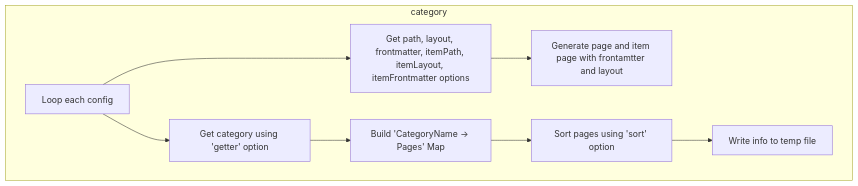
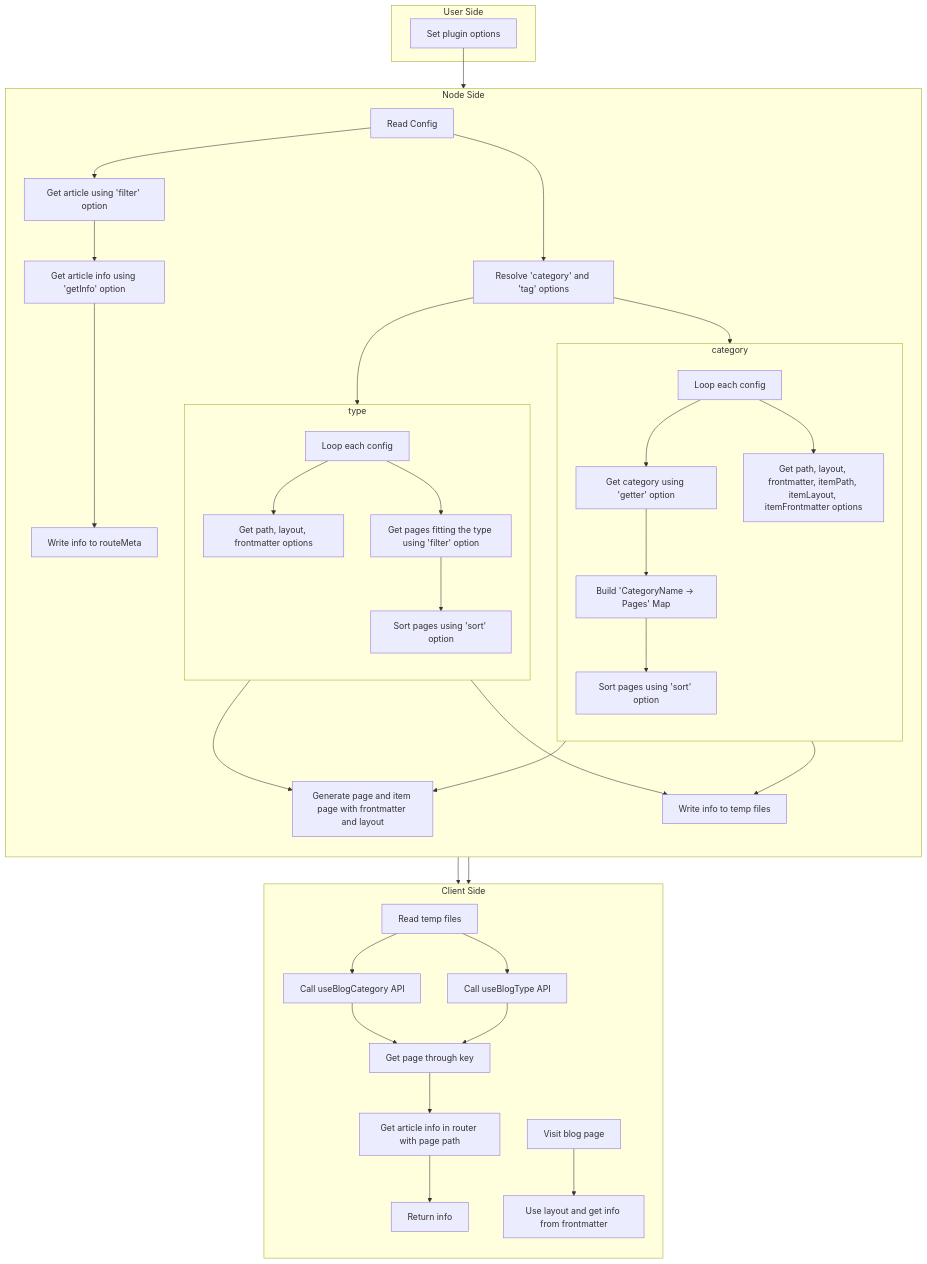
Before and after one commit to vuepress-theme-hope/vuepress-theme-hope: the diagram in docs/blog2/src/guide.md, drawn with Mermaid. The commit also changed other lines of this file and 3 other files, not shown here.

Commit message:
docs(blog2): update flowchart

````diff
--- a/docs/blog2/src/guide.md
+++ b/docs/blog2/src/guide.md
@@ -29,13 +10,65 @@
 ```mermaid
 flowchart TB
+  subgraph user ["User Side"]
+    config["Set plugin options"]
+  end
+
+  subgraph node ["Node Side"]
+    direction TB
+    readConfig["Read Config"]-->
+    node2["Get article using 'filter' option"]-->
+    node3["Get article info using 'getInfo' option"]-->
+    node4["Write info to routeMeta"]
+    readConfig --->
+    resolve["Resolve 'category' and 'tag' options"]
+    generatePage["Generate page and item page with frontmatter and layout"]
+    writeTemp["Write info to temp files"]
+
     subgraph category
-    loopCategory["Loop each config"] --->
-    getCategoryPage["Get path, layout, frontmatter, itemPath, itemLayout, itemFrontmatter options"] -->
-    registerCategory["Generate page and item page with frontamtter and layout"]
-    loopCategory -->
-    getCategory["Get category using 'getter' option"] -->
-    mapCategory["Build 'CategoryName → Pages' Map"]-->
-    sortCategory["Sort pages using 'sort' option"]-->
-    writeCategory["Write info to temp file"]
+      direction TB
+      loopCategory["Loop each config"]-->
+      getCategory["Get category using 'getter' option"]-->
+      mapCategory["Build 'CategoryName → Pages' Map"]-->
+      sortCategory["Sort pages using 'sort' option"]
+      loopCategory-->
+      getCategoryPage["Get path, layout, frontmatter, itemPath, itemLayout, itemFrontmatter options"]
+      end
+
+    resolve-->loopCategory
+    getCategoryPage--> generatePage
+    sortCategory--> writeTemp
+
+    subgraph type
+      direction TB
+      loopType[Loop each config]-->
+      getTypePage["Get path, layout, frontmatter options"]
+      loopType-->
+      filterType["Get pages fitting the type using 'filter' option"]-->
+      sortType["Sort pages using 'sort' option"]
     end
+
+    resolve-->loopType
+    getTypePage--> generatePage
+    sortType--> writeTemp
+    end
+
+
+  subgraph client ["Client Side"]
+    direction TB
+    readTemp["Read temp files"]-->
+    callCategory["Call useBlogCategory API"]-->
+    getPage
+    readTemp-->
+    callType["Call useBlogType API"]-->
+    getPage
+    getPage["Get page through key"]-->
+    getInfo["Get article info in router with page path"]-->
+    return["Return info"]
+    visit["Visit blog page"]-->
+    layout["Use layout and get info from frontmatter"]
+  end
+
+  config-->readConfig
+  writeTemp-->readTemp
+  generatePage-->visit
 ```
````
